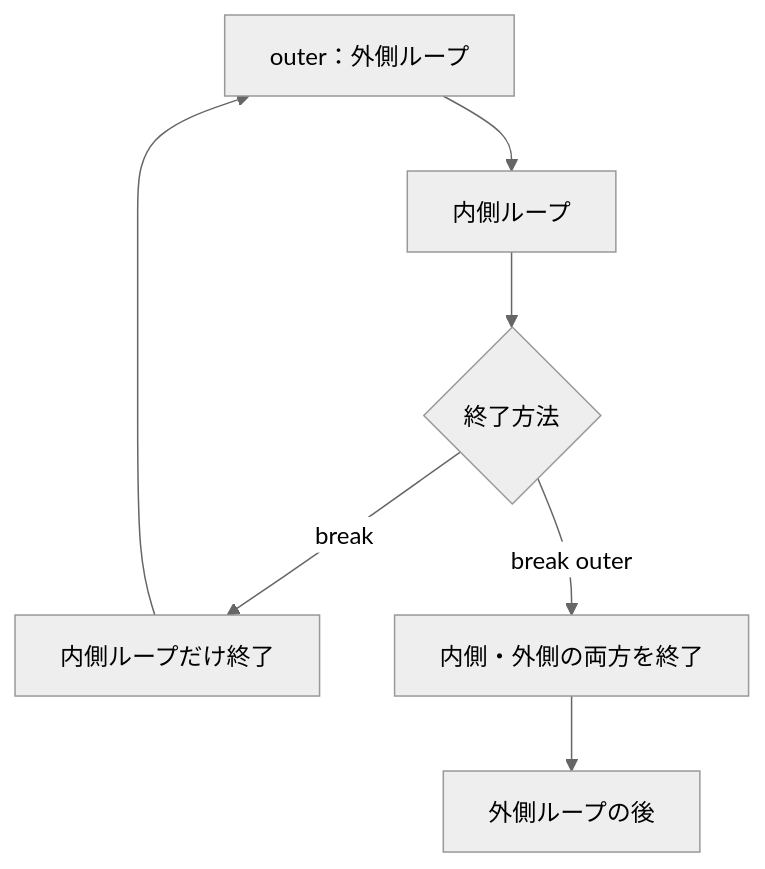
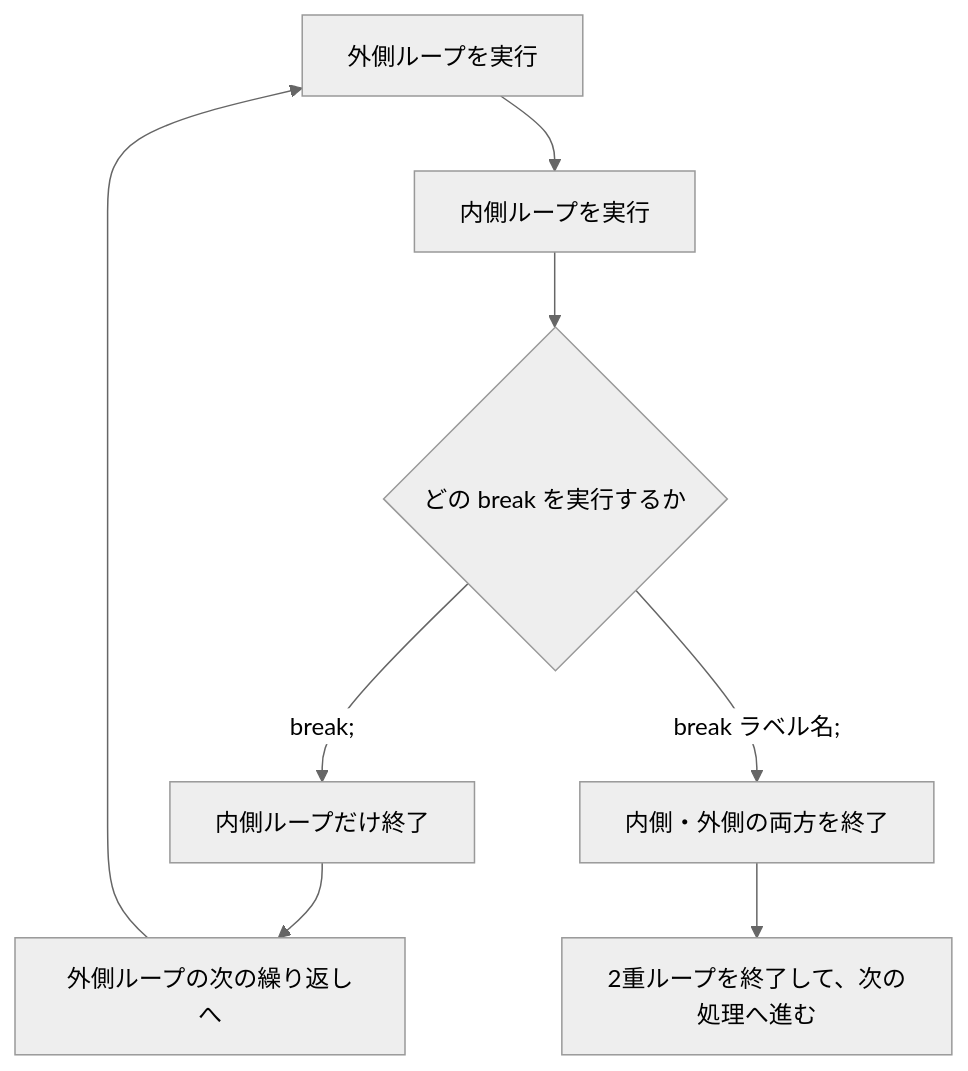
The third of 3 diagrams in docs/curriculum/java/java-handson/java-06a-advanced-control-flow.md (kiyomiya38/order-management-springboot), drawn with Mermaid (neutral theme) before and after one commit. The commit also changed other lines of this file and 323 other files, not shown here.

````diff
--- a/docs/curriculum/java/java-handson/java-06a-advanced-control-flow.md
+++ b/docs/curriculum/java/java-handson/java-06a-advanced-control-flow.md
@@ -117,9 +117,10 @@
 ```mermaid
 flowchart TB
-  OUTER["outer：外側ループ"] --> INNER["内側ループ"]
-  INNER --> SELECT{"終了方法"}
-  SELECT -->|break| INNER_END["内側ループだけ終了"]
-  INNER_END --> OUTER
-  SELECT -->|break outer| OUTER_END["内側・外側の両方を終了"]
-  OUTER_END --> END["外側ループの後"]
+  OUTER["外側ループを実行"] --> INNER["内側ループを実行"]
+  INNER --> SELECT{"どの break を実行するか"}
+  SELECT -->|break;| INNER_END["内側ループだけ終了"]
+  INNER_END --> NEXT_OUTER["外側ループの次の繰り返しへ"]
+  NEXT_OUTER --> OUTER
+  SELECT -->|break ラベル名;| ALL_END["内側・外側の両方を終了"]
+  ALL_END --> NEXT["2重ループを終了して、次の処理へ進む"]
 ```
````
